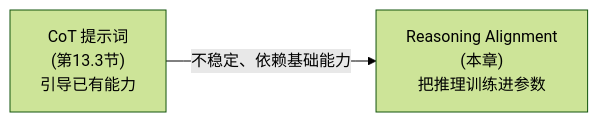
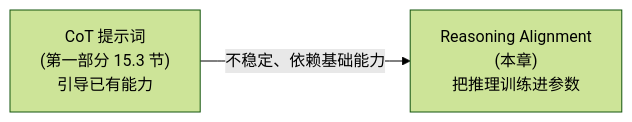
One commit to AI-learning-simple/Build-Your-Own-LLM changed the first of 3 diagrams in 2. Alignment 与训练工程/4. Reasoning Alignment——推理能力的训练与对齐.md. Above: the diagram before and after it, drawn with Mermaid (forest theme). The commit also changed other lines of this file and 184 other files, not shown here.

````diff
--- a/2. Alignment 与训练工程/4. Reasoning Alignment——推理能力的训练与对齐.md
+++ b/2. Alignment 与训练工程/4. Reasoning Alignment——推理能力的训练与对齐.md
@@ -32,4 +32,4 @@
 ```mermaid
 flowchart LR
-    A["CoT 提示词<br/>(第13.3节)<br/>引导已有能力"] -->|"不稳定、依赖基础能力"| B["Reasoning Alignment<br/>(本章)<br/>把推理训练进参数"]
+    A["CoT 提示词<br/>(第一部分 15.3 节)<br/>引导已有能力"] -->|"不稳定、依赖基础能力"| B["Reasoning Alignment<br/>(本章)<br/>把推理训练进参数"]
 ```
````
